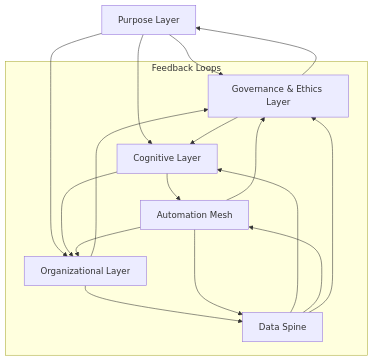
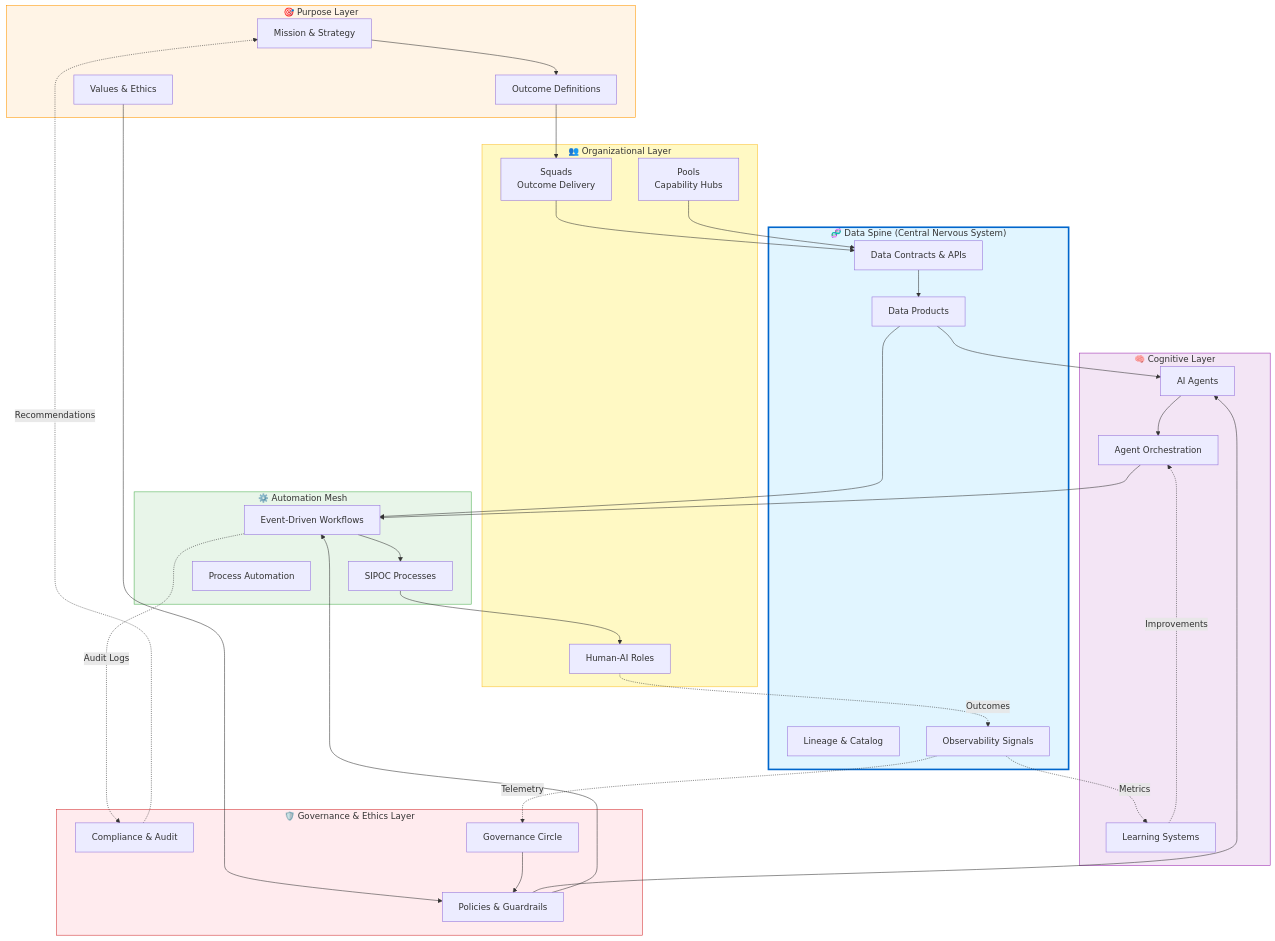
Before and after one commit to gusafr/midora-solid-ai: the diagram in DIAGRAMS/solid-ai-architecture.mmd, drawn with Mermaid. The commit also changed 10 other files, not shown here.

Commit message:
Enhance diagrams and documentation for solid.ai framework, adding new visualizations, refining existing structures, and improving clarity on roles and processes across multiple components.

````diff
--- a/DIAGRAMS/solid-ai-architecture.mmd
+++ b/DIAGRAMS/solid-ai-architecture.mmd
@@ -1,32 +1,74 @@
 ```mermaid
-graph TD
-    Purpose[Purpose Layer]
-    DataSpine[Data Spine]
-    Cognitive[Cognitive Layer]
-    Automation[Automation Mesh]
-    Org[Organizational Layer]
-    Governance[Governance & Ethics Layer]
+graph TB
+    subgraph Purpose["🎯 Purpose Layer"]
+        Mission[Mission & Strategy]
+        Values[Values & Ethics]
+        Outcomes[Outcome Definitions]
+    end
 
-    Purpose --> Governance
-    Purpose --> Org
-    Purpose --> Cognitive
+    subgraph DataSpine["🧬 Data Spine (Central Nervous System)"]
+        Contracts[Data Contracts & APIs]
+        Products[Data Products]
+        Lineage[Lineage & Catalog]
+        Observability[Observability Signals]
+    end
 
-    DataSpine --> Cognitive
-    DataSpine --> Automation
-    DataSpine --> Governance
+    subgraph Cognitive["🧠 Cognitive Layer"]
+        Agents[AI Agents]
+        Orchestration[Agent Orchestration]
+        Learning[Learning Systems]
+    end
 
-    Cognitive --> Automation
-    Cognitive --> Org
+    subgraph Automation["⚙️ Automation Mesh"]
+        Workflows[Event-Driven Workflows]
+        SIPOC[SIPOC Processes]
+        RPA[Process Automation]
+    end
 
-    Automation --> Org
-    Automation --> Governance
+    subgraph Org["👥 Organizational Layer"]
+        Squads[Squads<br/>Outcome Delivery]
+        Pools[Pools<br/>Capability Hubs]
+        Roles[Human-AI Roles]
+    end
 
-    Org --> Governance
-    Governance --> Purpose
+    subgraph Governance["🛡️ Governance & Ethics Layer"]
+        Policies[Policies & Guardrails]
+        Compliance[Compliance & Audit]
+        Circle[Governance Circle]
+    end
 
-    subgraph Feedback Loops
-        Governance --> Cognitive
-        Org --> DataSpine
-        Automation --> DataSpine
-    end
+    %% Forward flows
+    Mission --> Outcomes
+    Outcomes --> Squads
+    Values --> Policies
+    
+    Squads --> Contracts
+    Pools --> Contracts
+    Contracts --> Products
+    Products --> Agents
+    Products --> Workflows
+    
+    Agents --> Orchestration
+    Orchestration --> Workflows
+    Workflows --> SIPOC
+    SIPOC --> Roles
+    
+    Policies --> Agents
+    Policies --> Workflows
+    Circle --> Policies
+    
+    %% Feedback loops (dashed)
+    Observability -.->|Telemetry| Circle
+    Observability -.->|Metrics| Learning
+    Roles -.->|Outcomes| Observability
+    Workflows -.->|Audit Logs| Compliance
+    Compliance -.->|Recommendations| Mission
+    Learning -.->|Improvements| Orchestration
+
+    style DataSpine fill:#e1f5ff,stroke:#0066cc,stroke-width:3px
+    style Purpose fill:#fff4e6,stroke:#ff9800
+    style Cognitive fill:#f3e5f5,stroke:#9c27b0
+    style Automation fill:#e8f5e9,stroke:#4caf50
+    style Org fill:#fff9c4,stroke:#fbc02d
+    style Governance fill:#ffebee,stroke:#d32f2f
 ```
````
